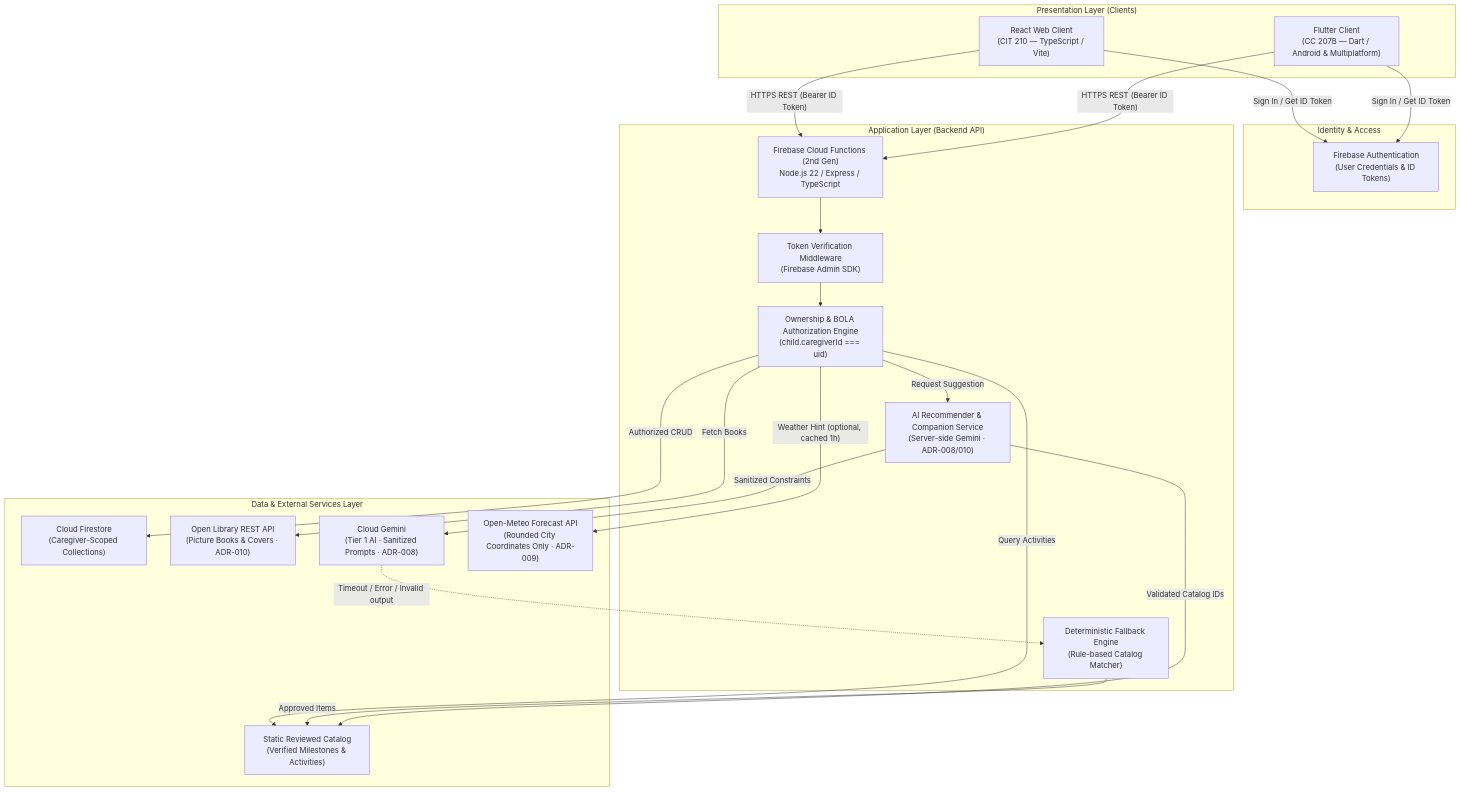
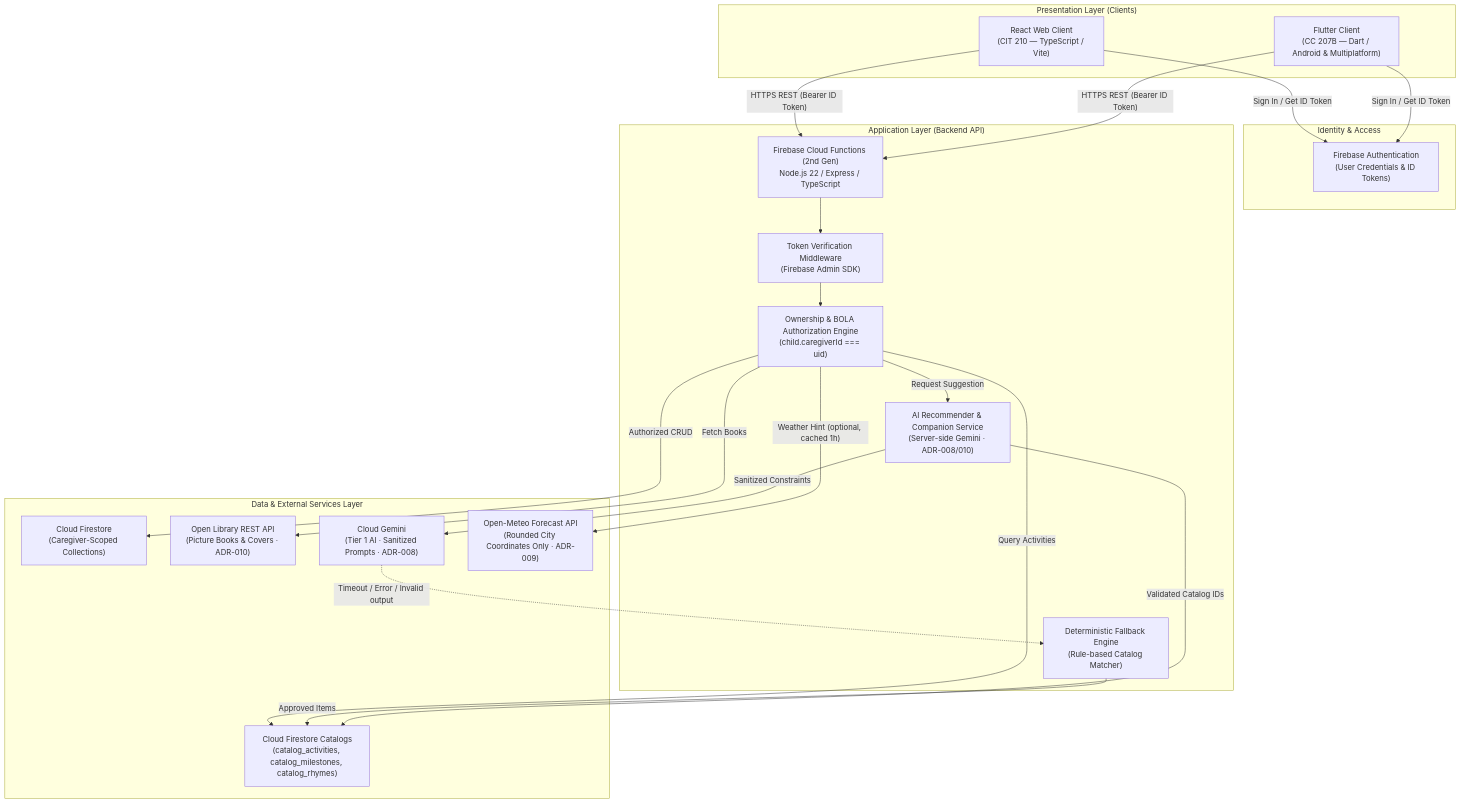
Before and after one commit to Thesis-Titans/littlesteps-docs: the diagram in docs/architecture-decisions.md, drawn with Mermaid. The commit also changed other lines of this file and 80 other files, not shown here.

````diff
--- a/docs/architecture-decisions.md
+++ b/docs/architecture-decisions.md
@@ -19,50 +19,50 @@
 ```mermaid
 graph TD
     subgraph Clients["Presentation Layer (Clients)"]
         WebClient["React Web Client<br/>(CIT 210 — TypeScript / Vite)"]
         MobileClient["Flutter Client<br/>(CC 207B — Dart / Android & Multiplatform)"]
     end
 
     subgraph Identity["Identity & Access"]
         FirebaseAuth["Firebase Authentication<br/>(User Credentials & ID Tokens)"]
     end
 
     subgraph Backend["Application Layer (Backend API)"]
         CloudFunctions["Firebase Cloud Functions (2nd Gen)<br/>Node.js 22 / Express / TypeScript"]
         AuthMiddleware["Token Verification Middleware<br/>(Firebase Admin SDK)"]
         BOLAAuth["Ownership & BOLA Authorization Engine<br/>(child.caregiverId === uid)"]
         AIService["AI Recommender & Companion Service<br/>(Server-side Gemini · ADR-008/010)"]
         FallbackService["Deterministic Fallback Engine<br/>(Rule-based Catalog Matcher)"]
     end
 
     subgraph Persistence["Data & External Services Layer"]
         Firestore["Cloud Firestore<br/>(Caregiver-Scoped Collections)"]
-        ReviewedCatalog["Static Reviewed Catalog<br/>(Verified Milestones & Activities)"]
+        ReviewedCatalog["Cloud Firestore Catalogs<br/>(catalog_activities, catalog_milestones, catalog_rhymes)"]
         OpenLibrary["Open Library REST API<br/>(Picture Books & Covers · ADR-010)"]
         ExternalAI["Cloud Gemini<br/>(Tier 1 AI · Sanitized Prompts · ADR-008)"]
         Weather["Open-Meteo Forecast API<br/>(Rounded City Coordinates Only · ADR-009)"]
     end
 
     %% Client auth flows
     WebClient -->|"Sign In / Get ID Token"| FirebaseAuth
     MobileClient -->|"Sign In / Get ID Token"| FirebaseAuth
 
     %% Client API calls
     WebClient -->|"HTTPS REST (Bearer ID Token)"| CloudFunctions
     MobileClient -->|"HTTPS REST (Bearer ID Token)"| CloudFunctions
 
     %% Backend processing
     CloudFunctions --> AuthMiddleware
     AuthMiddleware --> BOLAAuth
     BOLAAuth -->|"Authorized CRUD"| Firestore
     BOLAAuth -->|"Query Activities"| ReviewedCatalog
     BOLAAuth -->|"Fetch Books"| OpenLibrary
 
     %% AI Recommendation flow
     BOLAAuth -->|"Request Suggestion"| AIService
     AIService -->|"Sanitized Constraints"| ExternalAI
     ExternalAI -.->|"Timeout / Error / Invalid output"| FallbackService
     FallbackService -->|"Approved Items"| ReviewedCatalog
     AIService -->|"Validated Catalog IDs"| ReviewedCatalog
     BOLAAuth -->|"Weather Hint (optional, cached 1h)"| Weather
 ```
````
